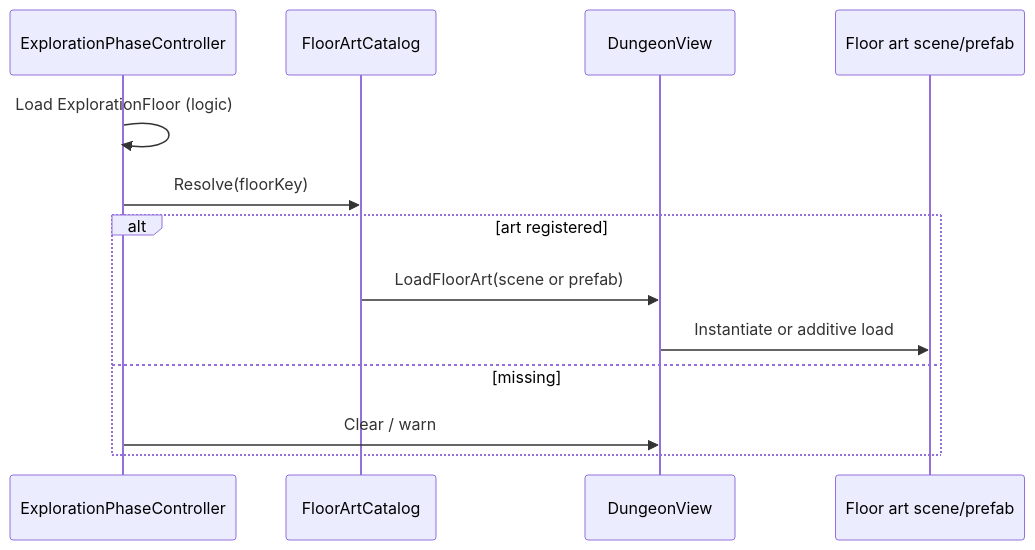
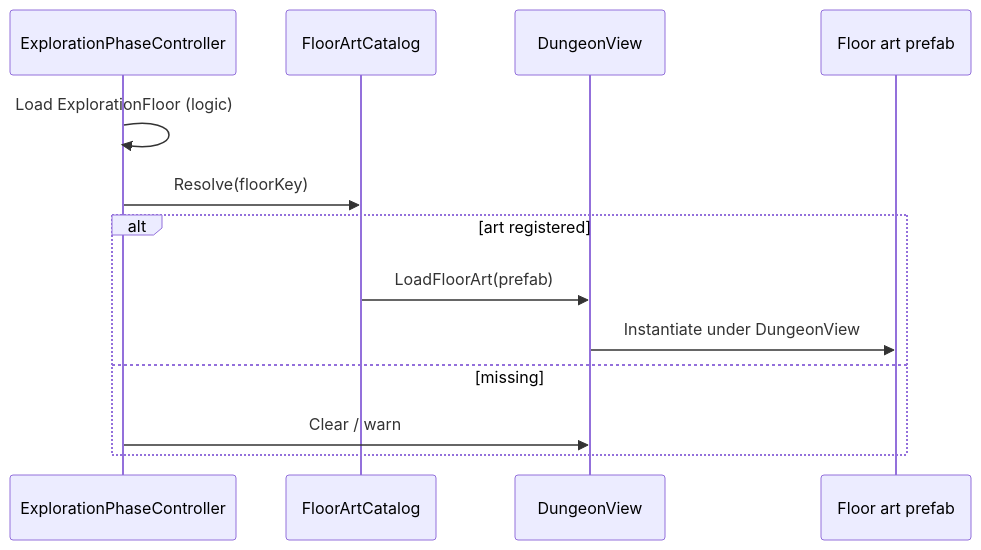
The diagram in docs/02-systems/floor-art-fpv.md (miramocha/griddungeon-design-docs), drawn with Mermaid before and after one commit. The commit also changed other lines of this file and 3 other files, not shown here.

Commit message:
Document prefab-only floor art runtime and custom prefab authoring.

````diff
--- a/docs/02-systems/floor-art-fpv.md
+++ b/docs/02-systems/floor-art-fpv.md
@@ -160,16 +171,16 @@
 ```mermaid
 sequenceDiagram
     participant EPC as ExplorationPhaseController
     participant Cat as FloorArtCatalog
     participant DV as DungeonView
-    participant Scene as Floor art scene/prefab
+    participant Prefab as Floor art prefab
 
     EPC->>EPC: Load ExplorationFloor (logic)
     EPC->>Cat: Resolve(floorKey)
     alt art registered
-        Cat->>DV: LoadFloorArt(scene or prefab)
-        DV->>Scene: Instantiate or additive load
+        Cat->>DV: LoadFloorArt(prefab)
+        DV->>Prefab: Instantiate under DungeonView
     else missing
         EPC->>DV: Clear / warn
     end
 ```
````
